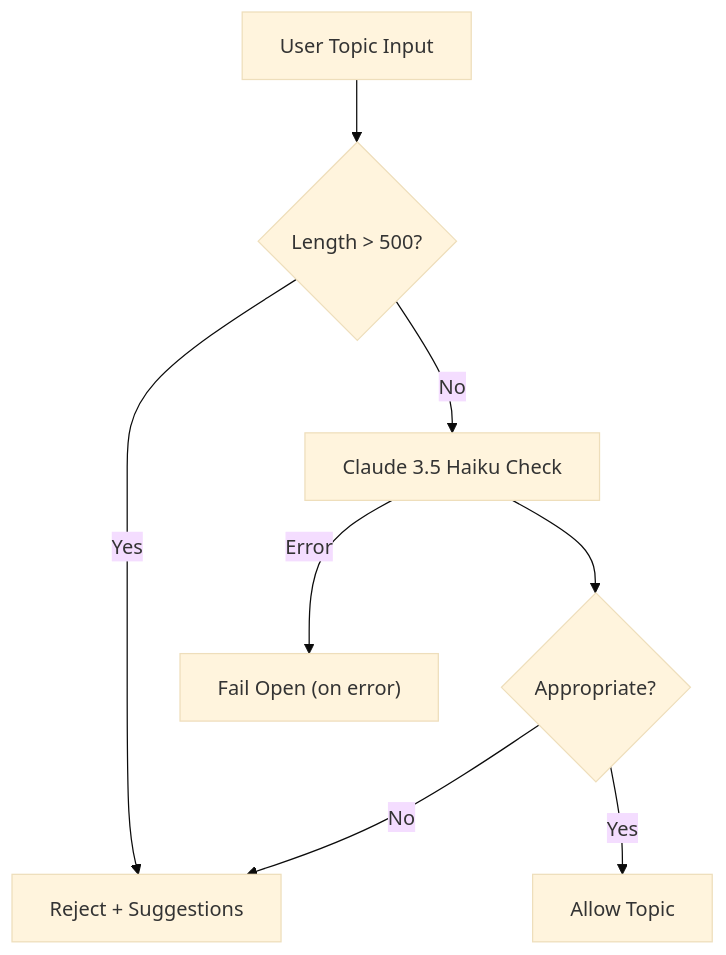
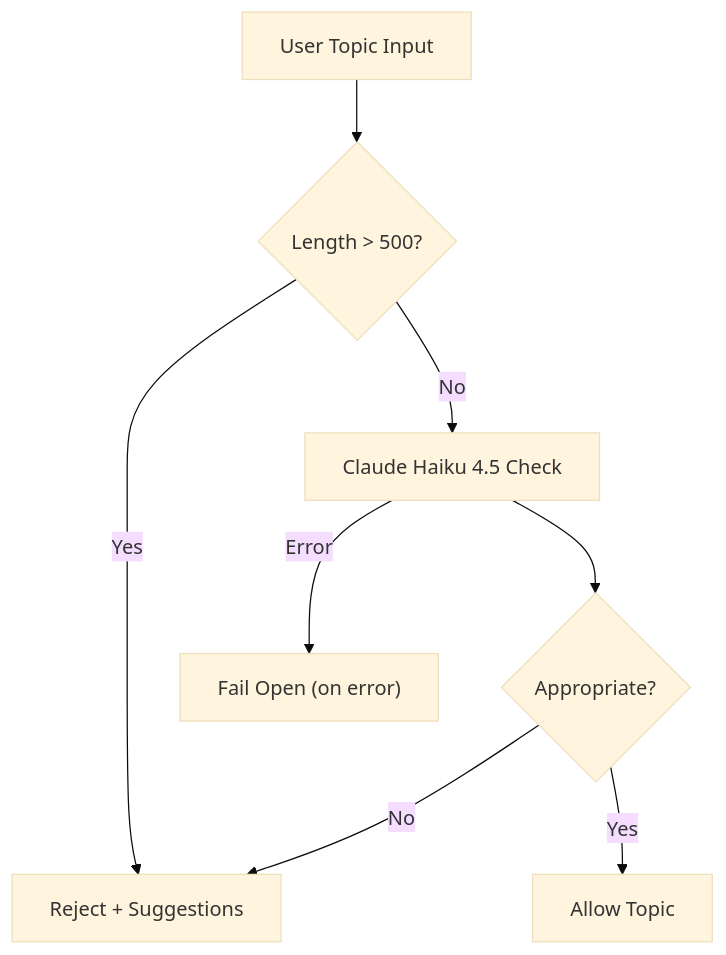
The tenth of 10 diagrams in docs/architecture/overview.md (darth-dodo/socratic-sofa), drawn with Mermaid (base theme) before and after one commit. The commit also changed other lines of this file and 8 other files, not shown here.

First line of the commit message:
fix: replace retired Claude Haiku 3.5 model in content filter

````diff
--- a/docs/architecture/overview.md
+++ b/docs/architecture/overview.md
@@ -358,18 +358,18 @@
 ```mermaid
 flowchart TD
     Input["User Topic Input"]
     Length{"Length > 500?"}
-    AI["Claude 3.5 Haiku Check"]
+    AI["Claude Haiku 4.5 Check"]
     Decision{"Appropriate?"}
     Pass["Allow Topic"]
     Reject["Reject + Suggestions"]
     Fallback["Fail Open (on error)"]
 
     Input --> Length
     Length -->|Yes| Reject
     Length -->|No| AI
     AI --> Decision
     Decision -->|Yes| Pass
     Decision -->|No| Reject
     AI -->|Error| Fallback
 ```
````
